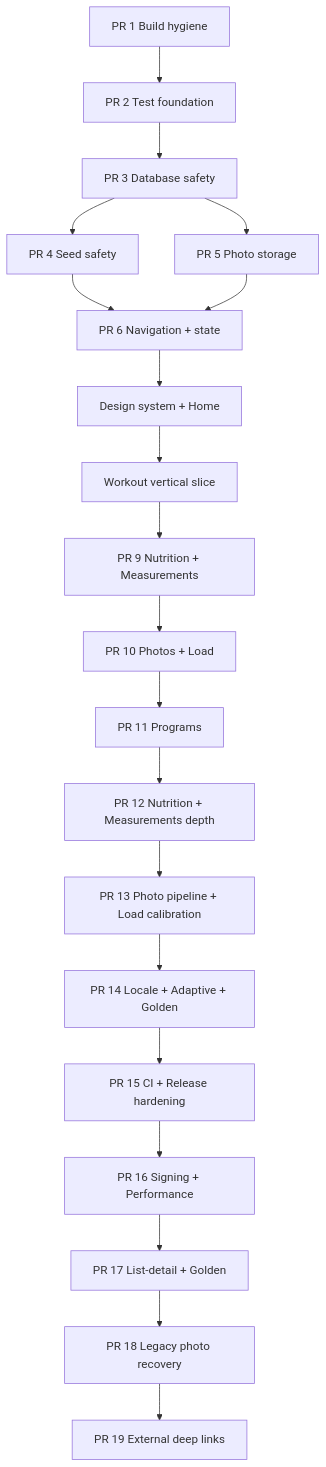
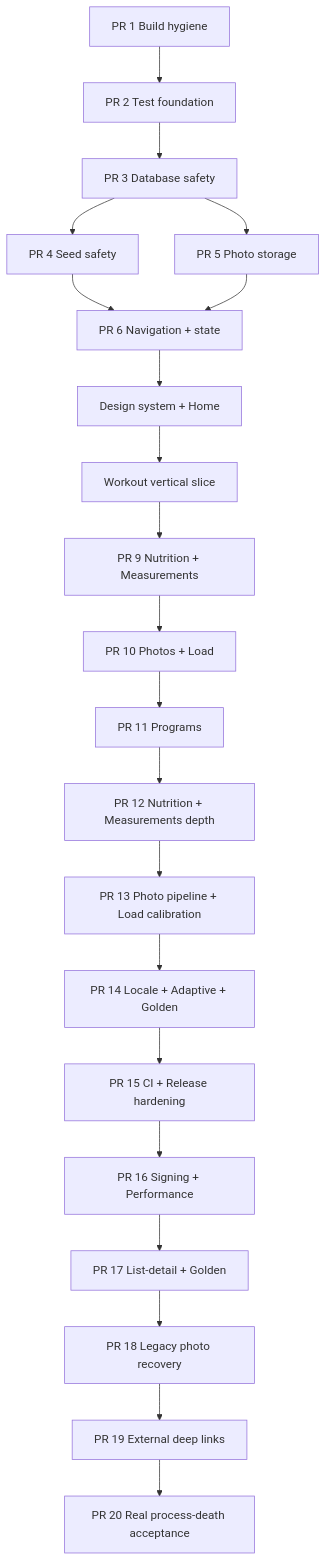
One commit to MehmetKucukOfficial/GymTracker changed the diagram in docs/obsidian/roadmap/ROADMAP_EXECUTION_GRAPH.md. Above: the diagram before and after it, drawn with Mermaid. The commit also changed other lines of this file and 9 other files, not shown here.

Commit message:
docs: map real process-death acceptance

````diff
--- a/docs/obsidian/roadmap/ROADMAP_EXECUTION_GRAPH.md
+++ b/docs/obsidian/roadmap/ROADMAP_EXECUTION_GRAPH.md
@@ -14,22 +14,23 @@
 ```mermaid
 flowchart TD
     PR1[PR 1 Build hygiene] --> PR2[PR 2 Test foundation]
     PR2 --> PR3[PR 3 Database safety]
     PR3 --> PR4[PR 4 Seed safety]
     PR3 --> PR5[PR 5 Photo storage]
     PR4 --> PR6[PR 6 Navigation + state]
     PR5 --> PR6
     PR6 --> UI[Design system + Home]
     UI --> WO[Workout vertical slice]
     WO --> N[PR 9 Nutrition + Measurements]
     N --> P[PR 10 Photos + Load]
     P --> PG[PR 11 Programs]
     PG --> ND[PR 12 Nutrition + Measurements depth]
     ND --> PC[PR 13 Photo pipeline + Load calibration]
     PC --> AL[PR 14 Locale + Adaptive + Golden]
     AL --> B[PR 15 CI + Release hardening]
     B --> RP[PR 16 Signing + Performance]
     RP --> LG[PR 17 List-detail + Golden]
     LG --> LR[PR 18 Legacy photo recovery]
     LR --> DL[PR 19 External deep links]
+    DL --> PD[PR 20 Real process-death acceptance]
 ```
````
